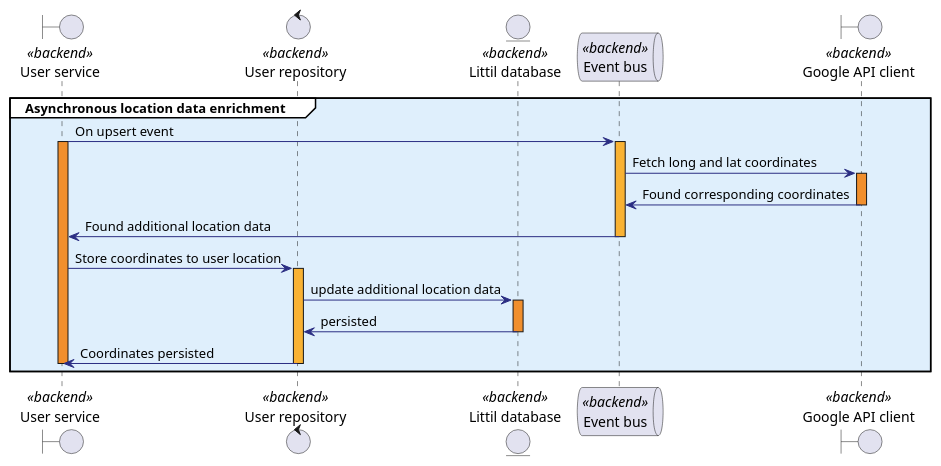
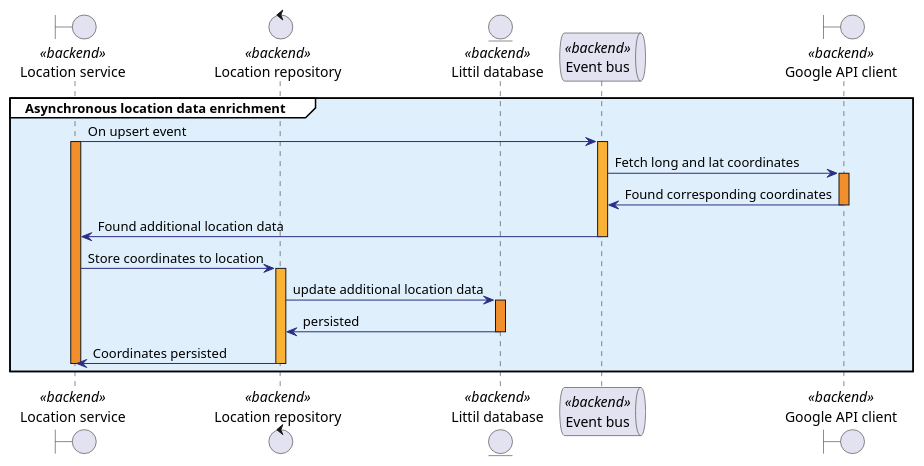
Before and after one commit to Devoxx4Kids-NPO/littil-documentation: the diagram in docs/diagrams/src/fetch-address-coordinates.puml, drawn with PlantUML. The commit also changed 4 other files, not shown here.

```diff
--- a/docs/diagrams/src/fetch-address-coordinates.puml
+++ b/docs/diagrams/src/fetch-address-coordinates.puml
@@ -1,33 +1,33 @@
 @startuml
 skinparam sequence {
     ArrowColor #2B2E83
     GroupBackgroundColor #FFFFFF
 }
 
-boundary "User service"             as user_service <<backend>>
-control "User repository"           as user_repository <<backend>>
+boundary "Location service"             as location_service <<backend>>
+control "Location repository"           as location_repository <<backend>>
 entity "Littil database"            as littil_database <<backend>>
 queue "Event bus"                   as internal_event_bus <<backend>>
 boundary "Google API client"        as backend_google_client <<backend>>
 
 group #DFEFFC Asynchronous location data enrichment
-user_service -> internal_event_bus : On upsert event
-activate user_service #F18F2D
+location_service -> internal_event_bus : On upsert event
+activate location_service #F18F2D
 activate internal_event_bus #F9B233
 internal_event_bus -> backend_google_client : Fetch long and lat coordinates
 activate backend_google_client #F18F2D
 internal_event_bus <- backend_google_client : Found corresponding coordinates
 deactivate backend_google_client
-user_service <- internal_event_bus : Found additional location data
+location_service <- internal_event_bus : Found additional location data
 deactivate internal_event_bus
-user_service -> user_repository : Store coordinates to user location
-activate user_repository #F9B233
-user_repository -> littil_database : update additional location data
+location_service -> location_repository : Store coordinates to location
+activate location_repository #F9B233
+location_repository -> littil_database : update additional location data
 activate littil_database #F18F2D
-user_repository <- littil_database : persisted
+location_repository <- littil_database : persisted
 deactivate littil_database
-user_service <- user_repository : Coordinates persisted
-deactivate user_repository
-deactivate user_service
+location_service <- location_repository : Coordinates persisted
+deactivate location_repository
+deactivate location_service
 end
 @enduml
```
